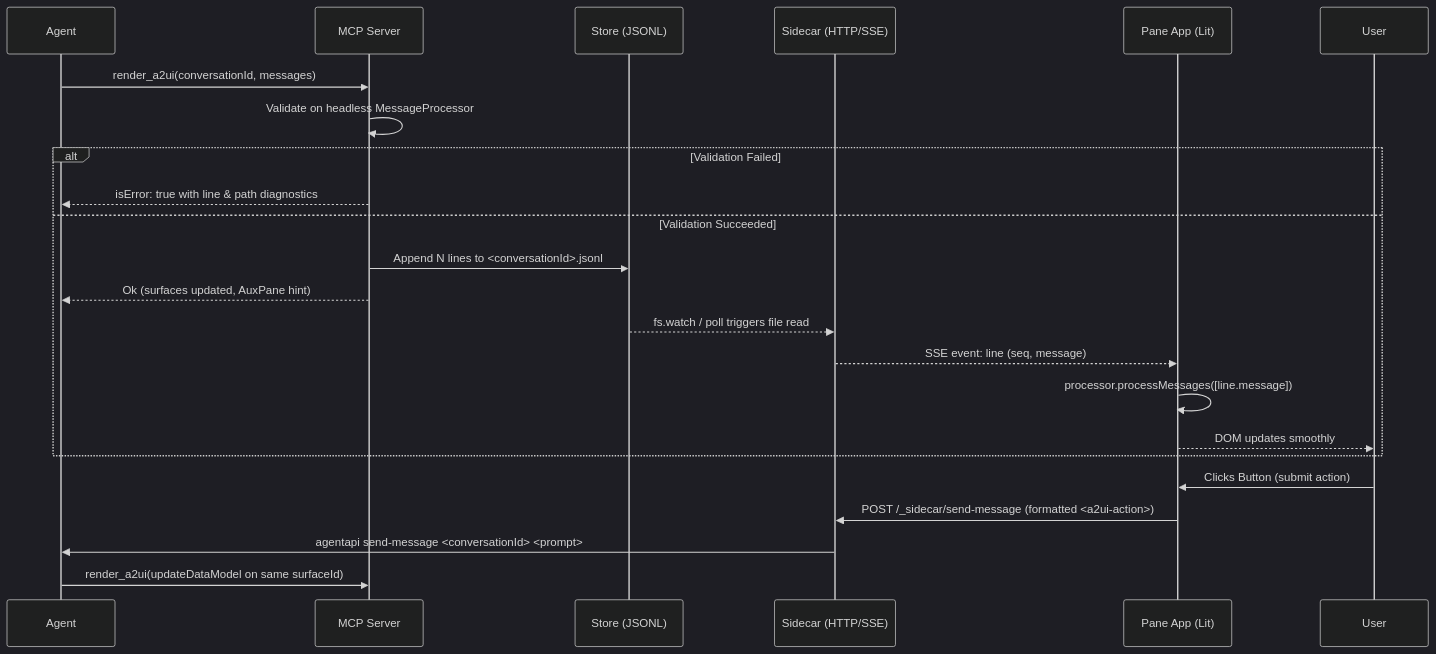
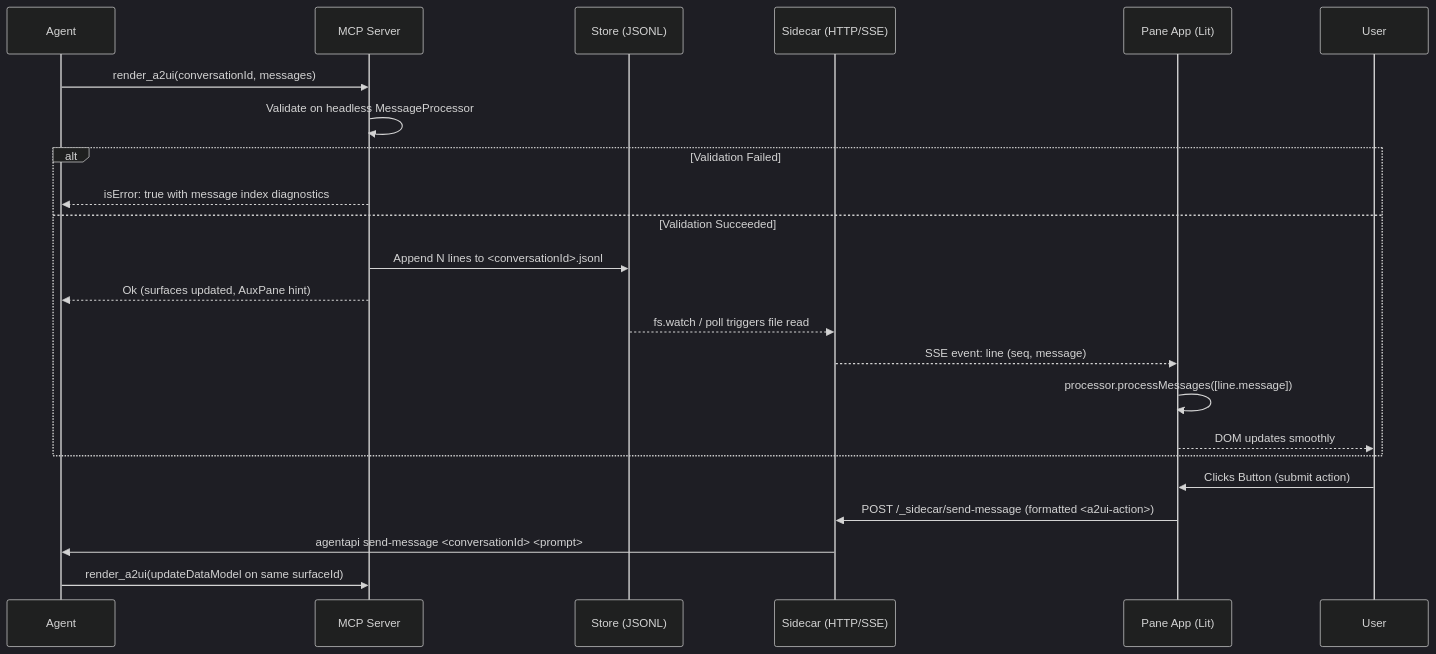
Before and after one commit to gspencergoog/a2ui-pane: the second of 2 diagrams in docs/design.md, drawn with Mermaid (dark theme). The commit also changed other lines of this file and 17 other files, not shown here.

````diff
--- a/docs/design.md
+++ b/docs/design.md
@@ -64,27 +64,27 @@
 ```mermaid
 sequenceDiagram
     participant A as Agent
     participant M as MCP Server
     participant S as Store (JSONL)
     participant C as Sidecar (HTTP/SSE)
     participant P as Pane App (Lit)
     participant U as User
 
     A->>M: render_a2ui(conversationId, messages)
     M->>M: Validate on headless MessageProcessor
     alt Validation Failed
-      M-->>A: isError: true with line & path diagnostics
+      M-->>A: isError: true with message index diagnostics
     else Validation Succeeded
       M->>S: Append N lines to <conversationId>.jsonl
       M-->>A: Ok (surfaces updated, AuxPane hint)
       S-->>C: fs.watch / poll triggers file read
       C-->>P: SSE event: line (seq, message)
       P->>P: processor.processMessages([line.message])
       P-->>U: DOM updates smoothly
     end
 
     U->>P: Clicks Button (submit action)
     P->>C: POST /_sidecar/send-message (formatted <a2ui-action>)
     C->>A: agentapi send-message <conversationId> <prompt>
     A->>M: render_a2ui(updateDataModel on same surfaceId)
 ```
````
